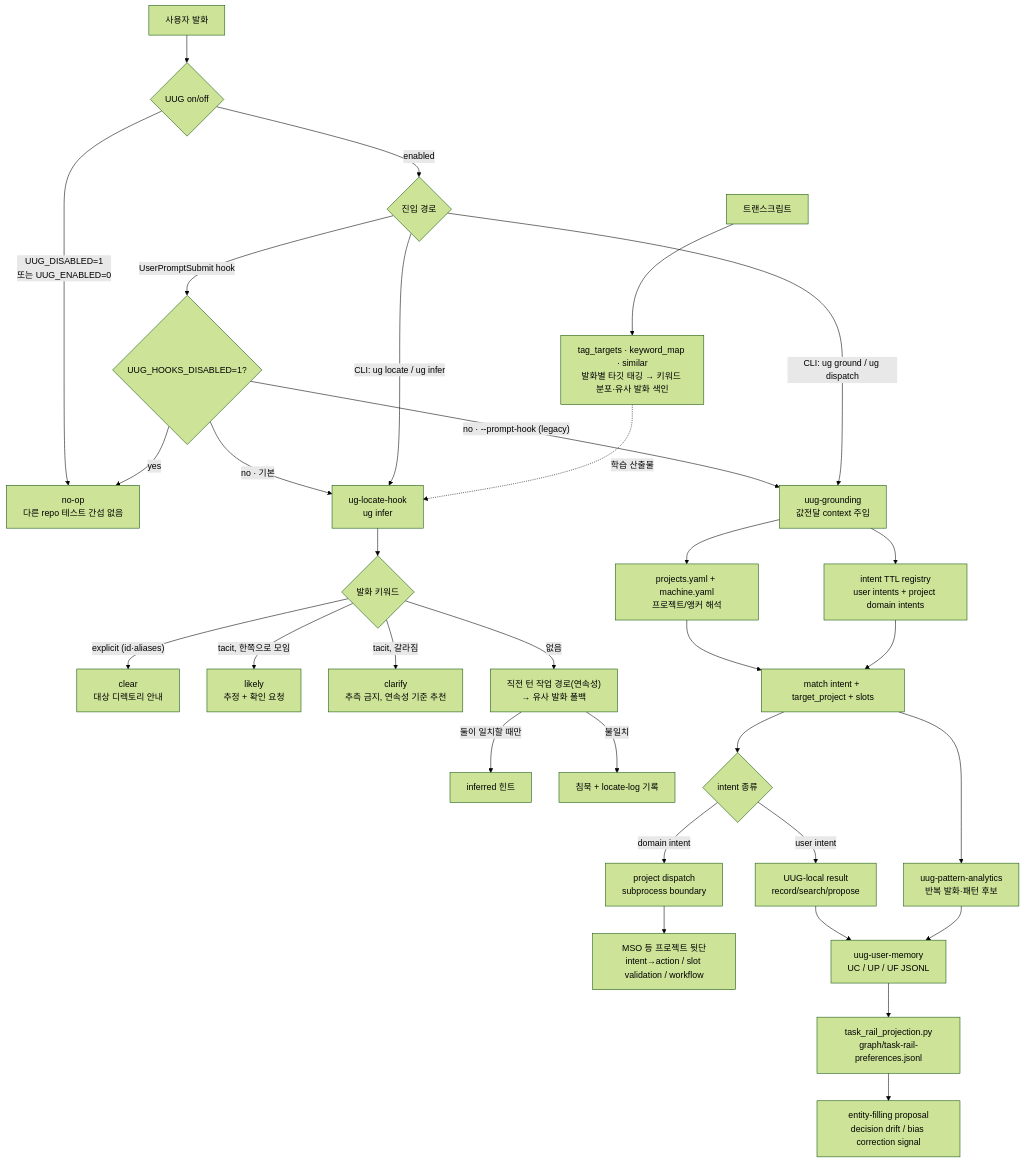
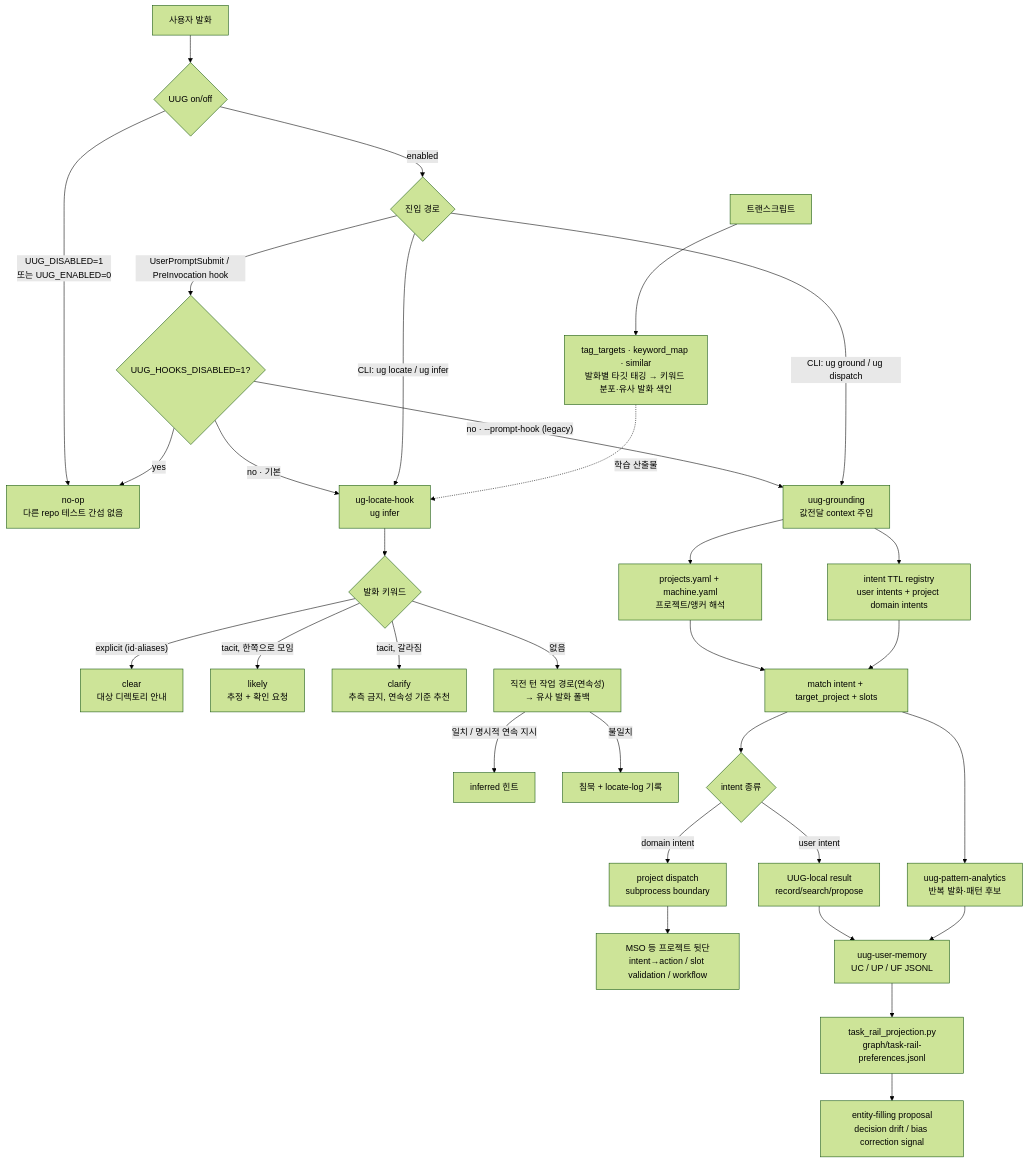
Before and after one commit to WMJOON/user-utterance-grounding: the diagram in README.md, drawn with Mermaid (forest theme). The commit also changed other lines of this file and 17 other files, not shown here.

````diff
--- a/README.md
+++ b/README.md
@@ -27,40 +27,40 @@
 ```mermaid
 flowchart TD
     A["사용자 발화"] --> B{"UUG on/off"}
     B -- "UUG_DISABLED=1<br/>또는 UUG_ENABLED=0" --> Z["no-op<br/>다른 repo 테스트 간섭 없음"]
     B -- "enabled" --> C{"진입 경로"}
 
-    C -- "UserPromptSubmit hook" --> H{"UUG_HOOKS_DISABLED=1?"}
+    C -- "UserPromptSubmit / PreInvocation hook" --> H{"UUG_HOOKS_DISABLED=1?"}
     H -- "yes" --> Z
     H -- "no · 기본" --> LH["ug-locate-hook<br/>ug infer"]
     H -- "no · --prompt-hook (legacy)" --> G["uug-grounding<br/>값전달 context 주입"]
 
     LH --> KW{"발화 키워드"}
     KW -- "explicit (id·aliases)" --> CL["clear<br/>대상 디렉토리 안내"]
     KW -- "tacit, 한쪽으로 모임" --> LK["likely<br/>추정 + 확인 요청"]
     KW -- "tacit, 갈라짐" --> CF["clarify<br/>추측 금지, 연속성 기준 추천"]
     KW -- "없음" --> CT["직전 턴 작업 경로(연속성)<br/>→ 유사 발화 폴백"]
-    CT -- "둘이 일치할 때만" --> IN["inferred 힌트"]
+    CT -- "일치 / 명시적 연속 지시" --> IN["inferred 힌트"]
     CT -- "불일치" --> SL["침묵 + locate-log 기록"]
 
     C -- "CLI: ug ground / ug dispatch" --> G
     C -- "CLI: ug locate / ug infer" --> LH
 
     G --> R["projects.yaml + machine.yaml<br/>프로젝트/앵커 해석"]
     G --> I["intent TTL registry<br/>user intents + project domain intents"]
     R --> M["match intent + target_project + slots"]
     I --> M
 
     M --> D{"intent 종류"}
     D -- "user intent" --> U["UUG-local result<br/>record/search/propose"]
     D -- "domain intent" --> P["project dispatch<br/>subprocess boundary"]
     P --> MSO["MSO 등 프로젝트 뒷단<br/>intent→action / slot validation / workflow"]
 
     U --> MEM["uug-user-memory<br/>UC / UP / UF JSONL"]
     M --> ANA["uug-pattern-analytics<br/>반복 발화·패턴 후보"]
     TT["트랜스크립트"] --> TAG["tag_targets · keyword_map · similar<br/>발화별 타깃 태깅 → 키워드 분포·유사 발화 색인"]
     TAG -. "학습 산출물" .-> LH
     ANA --> MEM
     MEM --> TR["task_rail_projection.py<br/>graph/task-rail-preferences.jsonl"]
     TR --> PR["entity-filling proposal<br/>decision drift / bias correction signal"]
 ```
````
